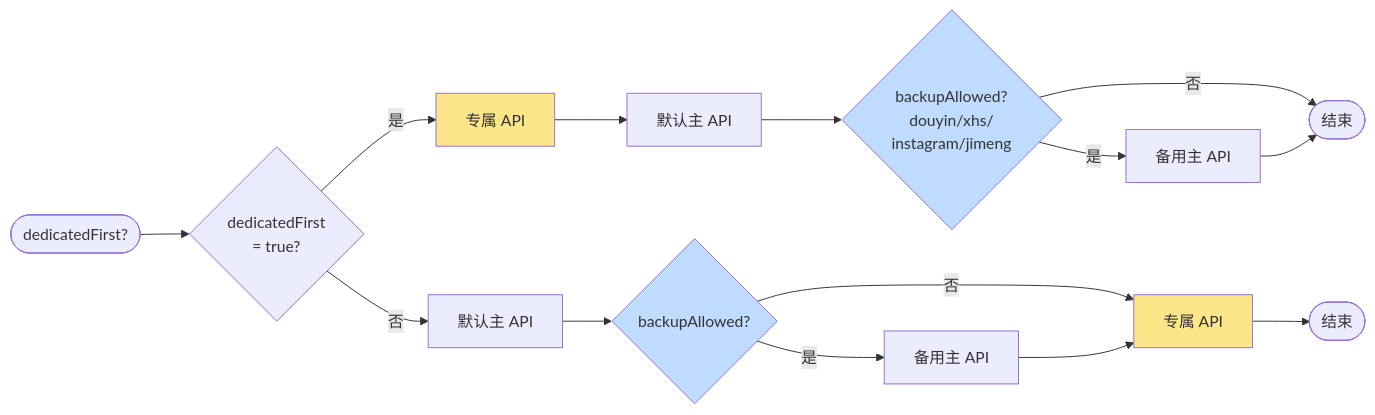
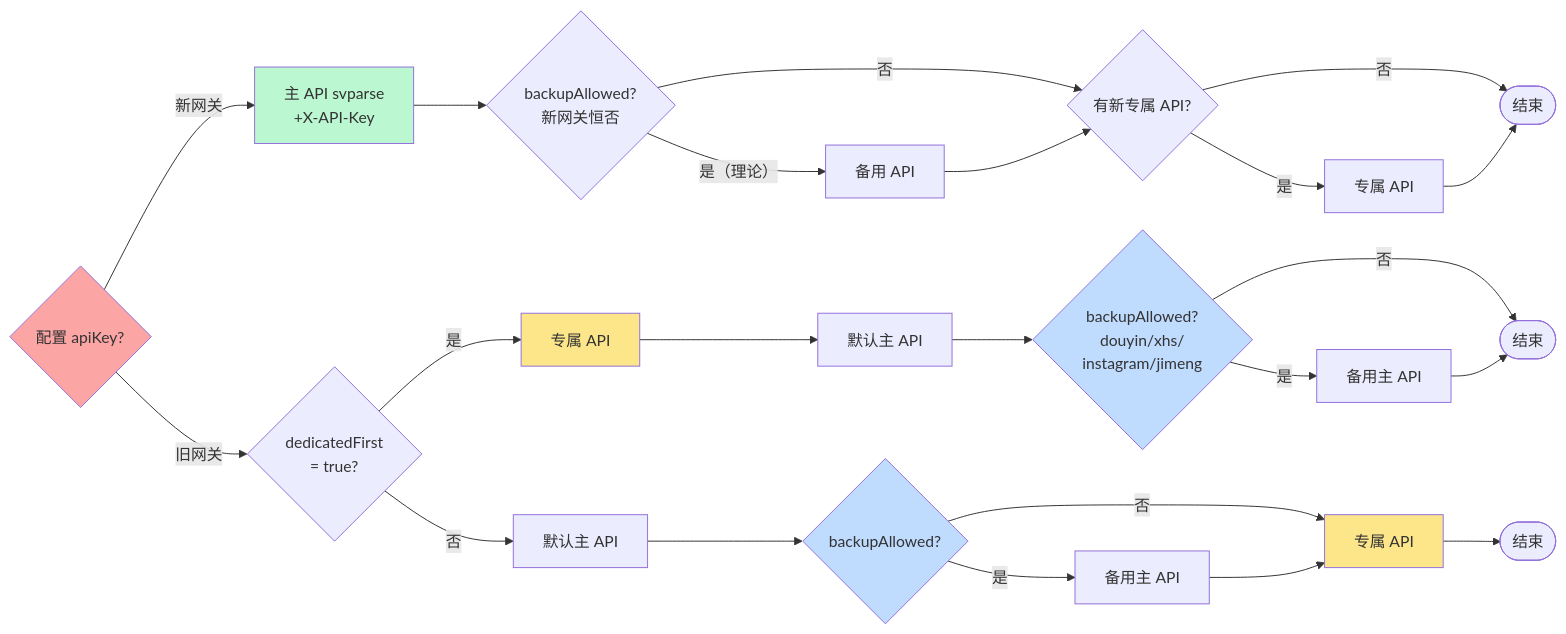
The third of 4 diagrams in docs/diagrams/01-sequence-general.md (char-46/koishi-plugin-video-parser-all), drawn with Mermaid before and after one commit. The commit also changed other lines of this file and 29 other files, not shown here.

Commit message:
docs: 修复全部 mermaid 语法错误（40/40 可渲染）；X 数据卡更新至 1.8.5 新结构；图表补充双网关/会话去重/musl 子包/tls-client 等新架构

````diff
--- a/docs/diagrams/01-sequence-general.md
+++ b/docs/diagrams/01-sequence-general.md
@@ -149,22 +152,34 @@
 ```mermaid
 flowchart LR
-    Start([dedicatedFirst?]) --> Q1{dedicatedFirst<br/>= true?}
+    GW{配置 apiKey?}
+    GW -->|新网关| NA[主 API svparse<br/>+X-API-Key]
+    NA --> ND{backupAllowed?<br/>新网关恒否}
+    ND -->|是（理论）| NB[备用 API]
+    ND -->|否| NE{有新专属 API?}
+    NB --> NE
+    NE -->|是| NF[专属 API]
+    NE -->|否| EndN([结束])
+    NF --> EndN
+
+    GW -->|旧网关| Q1{dedicatedFirst<br/>= true?}
     Q1 -->|是| A1[专属 API]
     A1 --> A2[默认主 API]
     A2 --> A3{backupAllowed?<br/>douyin/xhs/<br/>instagram/jimeng}
     A3 -->|是| A4[备用主 API]
     A3 -->|否| End1([结束])
     A4 --> End1
 
     Q1 -->|否| B1[默认主 API]
     B1 --> B2{backupAllowed?}
     B2 -->|是| B3[备用主 API]
     B2 -->|否| B4[专属 API]
     B3 --> B4
     B4 --> End2([结束])
 
+    style NA fill:#bbf7d0
     style A1 fill:#fde68a
     style B4 fill:#fde68a
     style A3 fill:#bfdbfe
     style B2 fill:#bfdbfe
+    style GW fill:#fca5a5
 ```
````
